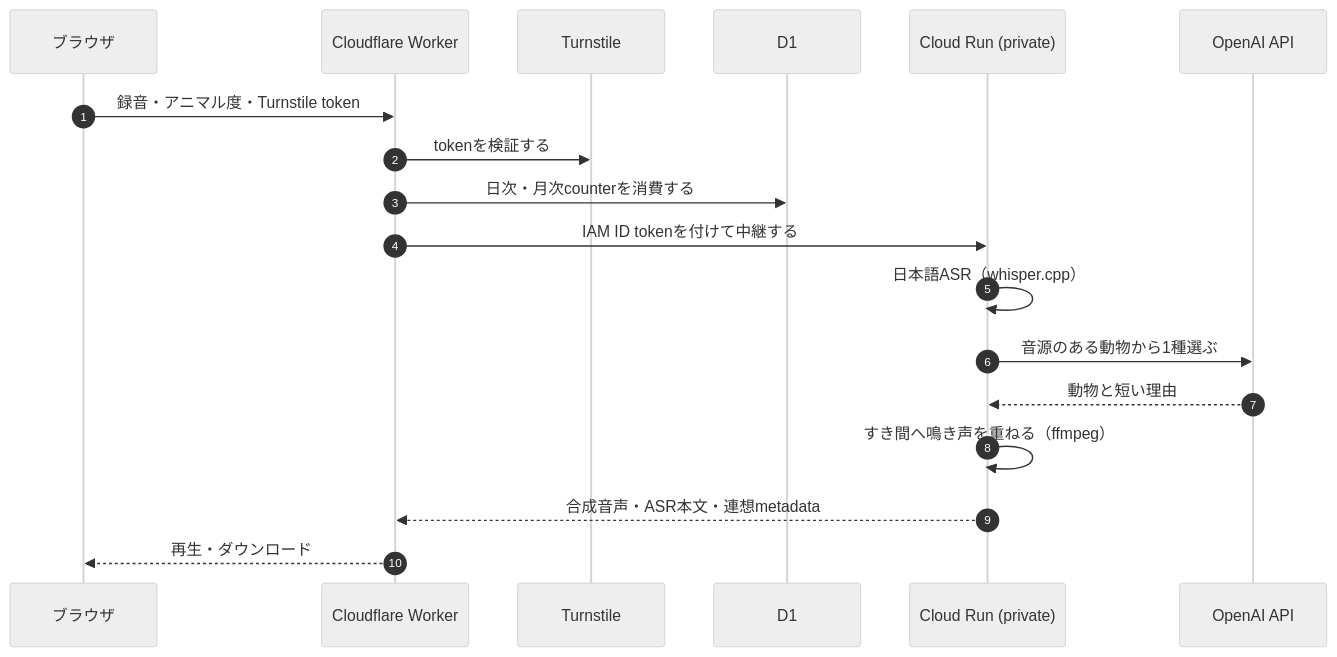
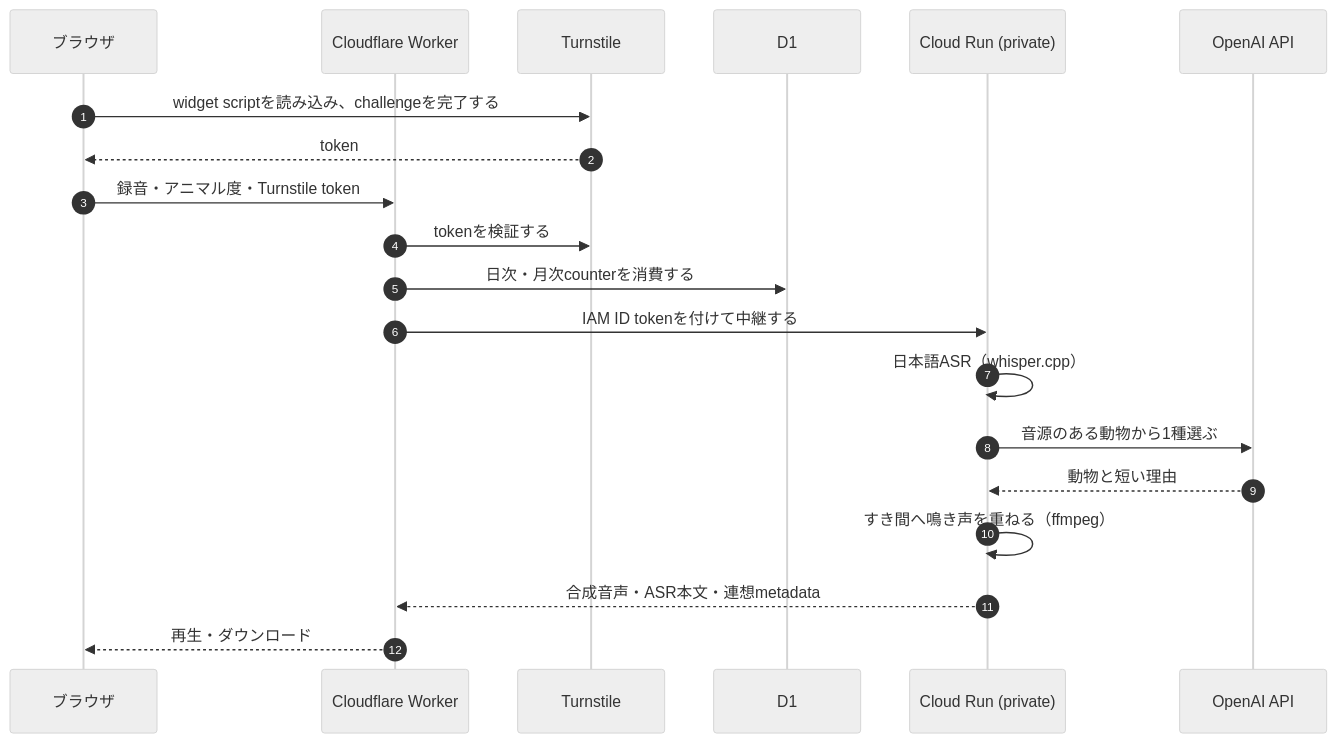
The second of 2 diagrams in README.ja.md (inakaegg/voice-lab), drawn with Mermaid (neutral theme) before and after one commit. The commit also changed other lines of this file and 4 other files, not shown here.

Commit message:
docs: 認証・quota・任意音声経路を構成図へ追加 / Add auth, quota, and optional voice paths

````diff
--- a/README.ja.md
+++ b/README.ja.md
@@ -111,20 +164,22 @@
 ```mermaid
 sequenceDiagram
     autonumber
     participant B as ブラウザ
     participant W as Cloudflare Worker
     participant T as Turnstile
     participant D as D1
     participant C as Cloud Run (private)
     participant O as OpenAI API
+    B->>T: widget scriptを読み込み、challengeを完了する
+    T-->>B: token
     B->>W: 録音・アニマル度・Turnstile token
     W->>T: tokenを検証する
     W->>D: 日次・月次counterを消費する
     W->>C: IAM ID tokenを付けて中継する
     C->>C: 日本語ASR（whisper.cpp）
     C->>O: 音源のある動物から1種選ぶ
     O-->>C: 動物と短い理由
     C->>C: すき間へ鳴き声を重ねる（ffmpeg）
     C-->>W: 合成音声・ASR本文・連想metadata
     W-->>B: 再生・ダウンロード
 ```
````
